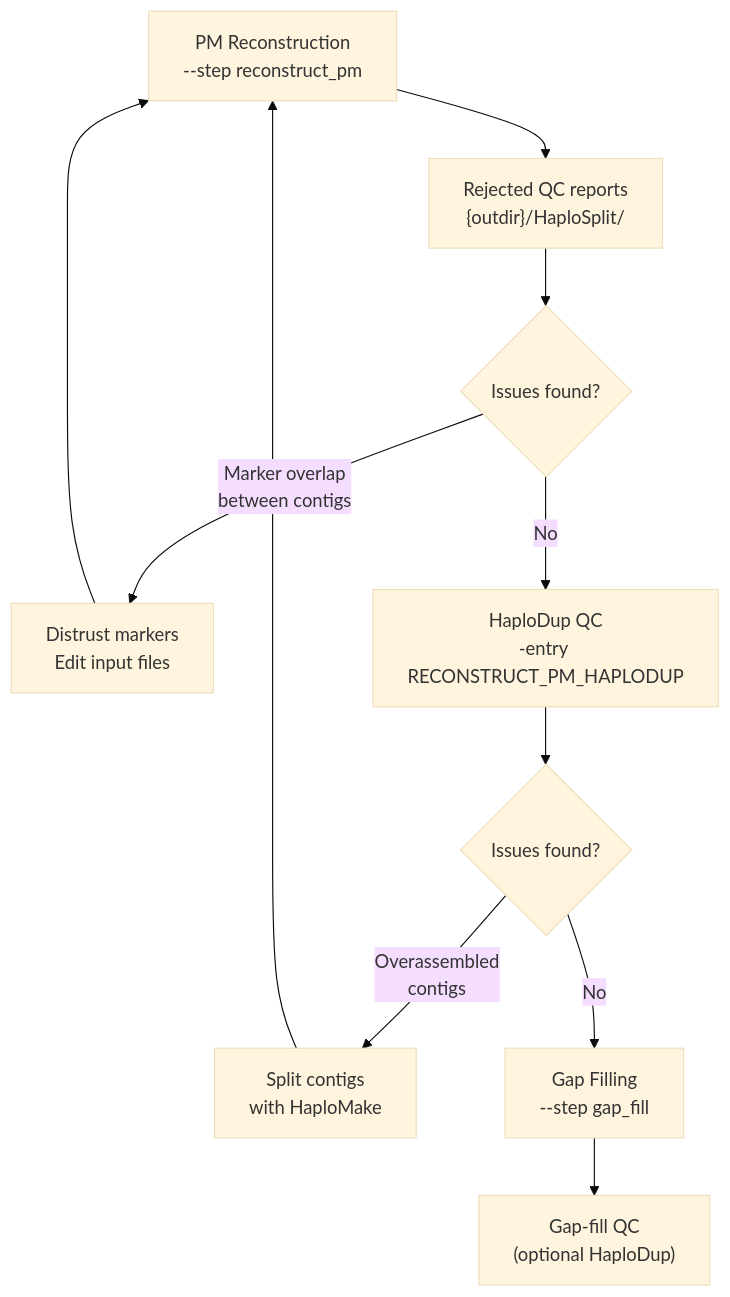
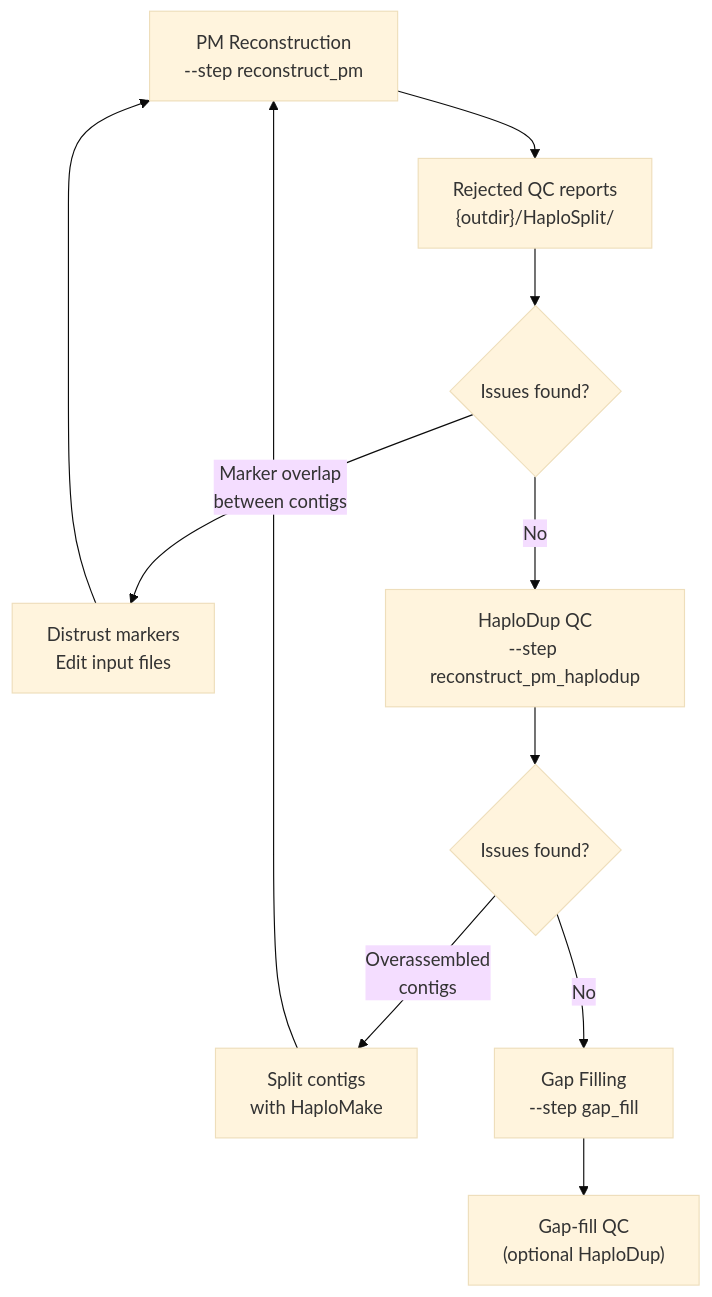
The diagram in nextflow/docs/curation_guide.md (noecochetel/HaploSync), drawn with Mermaid (base theme) before and after one commit. The commit also changed other lines of this file and 14 other files, not shown here.

````diff
--- a/nextflow/docs/curation_guide.md
+++ b/nextflow/docs/curation_guide.md
@@ -9,13 +9,13 @@
 ```mermaid
 flowchart TD
     A["PM Reconstruction\n--step reconstruct_pm"] --> B["Rejected QC reports\n{outdir}/HaploSplit/"]
     B --> C{Issues found?}
     C -->|"Marker overlap\nbetween contigs"| D["Distrust markers\nEdit input files"]
     D --> A
-    C -->|No| E["HaploDup QC\n-entry RECONSTRUCT_PM_HAPLODUP"]
+    C -->|No| E["HaploDup QC\n--step reconstruct_pm_haplodup"]
     E --> F{Issues found?}
     F -->|"Overassembled\ncontigs"| G["Split contigs\nwith HaploMake"]
     G --> A
     F -->|No| H["Gap Filling\n--step gap_fill"]
     H --> I["Gap-fill QC\n(optional HaploDup)"]
 ```
````
